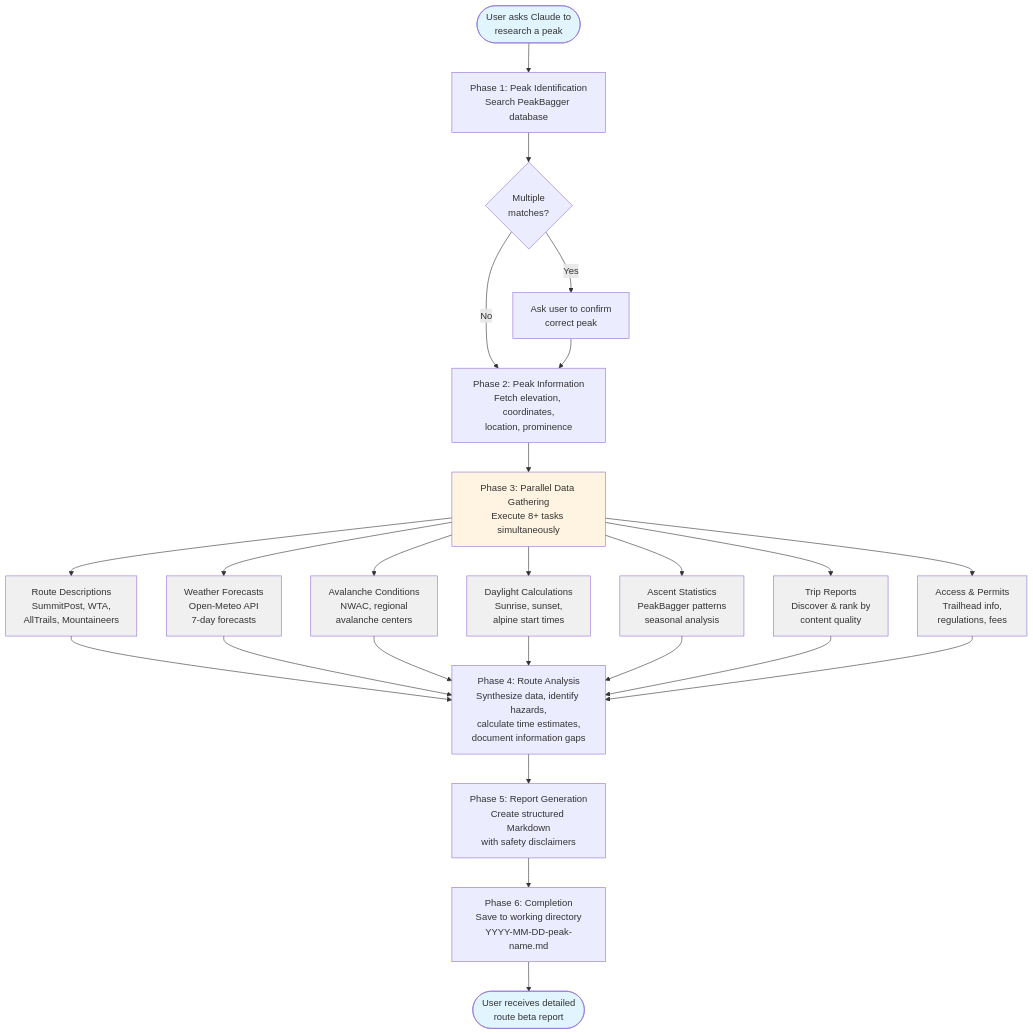
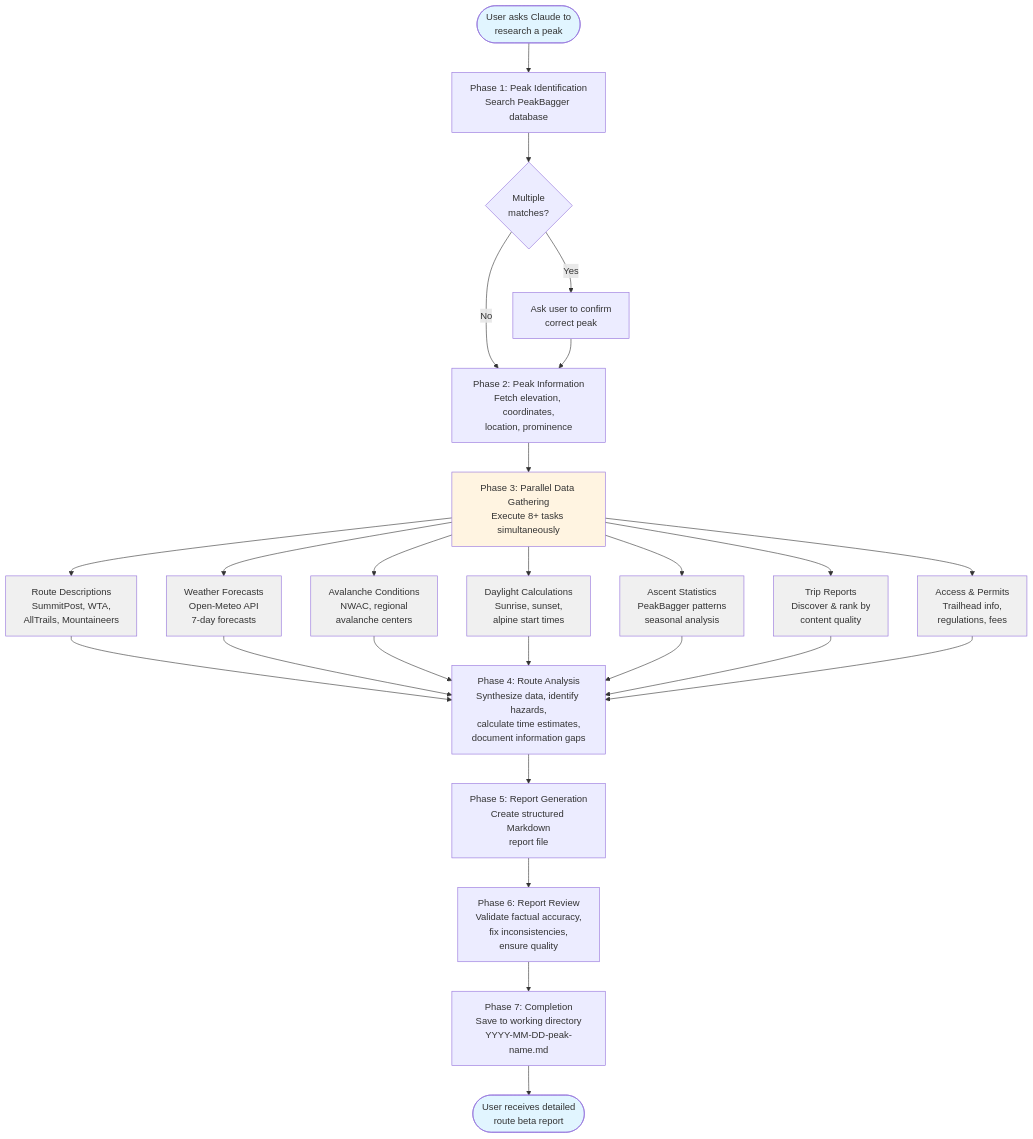
The diagram in README.md (dreamiurg/claude-mountaineering-skills), drawn with Mermaid before and after one commit. The commit also changed other lines of this file and 2 other files, not shown here.

First line of the commit message:
feat: add automated report review and validation (#23)

````diff
--- a/README.md
+++ b/README.md
@@ -75,45 +75,47 @@
 ```mermaid
 graph TB
     Start([User asks Claude to<br/>research a peak]) --> Search[Phase 1: Peak Identification<br/>Search PeakBagger database]
     Search --> Match{Multiple<br/>matches?}
     Match -->|Yes| Confirm[Ask user to confirm<br/>correct peak]
     Match -->|No| Info
     Confirm --> Info[Phase 2: Peak Information<br/>Fetch elevation, coordinates,<br/>location, prominence]
 
     Info --> Parallel[Phase 3: Parallel Data Gathering<br/>Execute 8+ tasks simultaneously]
 
     Parallel --> Routes[Route Descriptions<br/>SummitPost, WTA,<br/>AllTrails, Mountaineers]
     Parallel --> Weather[Weather Forecasts<br/>Open-Meteo API<br/>7-day forecasts]
     Parallel --> Avy[Avalanche Conditions<br/>NWAC, regional<br/>avalanche centers]
     Parallel --> Day[Daylight Calculations<br/>Sunrise, sunset,<br/>alpine start times]
     Parallel --> Stats[Ascent Statistics<br/>PeakBagger patterns<br/>seasonal analysis]
     Parallel --> Reports[Trip Reports<br/>Discover & rank by<br/>content quality]
     Parallel --> Access[Access & Permits<br/>Trailhead info,<br/>regulations, fees]
 
     Routes --> Analyze
     Weather --> Analyze
     Avy --> Analyze
     Day --> Analyze
     Stats --> Analyze
     Reports --> Analyze
     Access --> Analyze
 
     Analyze[Phase 4: Route Analysis<br/>Synthesize data, identify hazards,<br/>calculate time estimates,<br/>document information gaps]
 
-    Analyze --> Generate[Phase 5: Report Generation<br/>Create structured Markdown<br/>with safety disclaimers]
+    Analyze --> Generate[Phase 5: Report Generation<br/>Create structured Markdown<br/>report file]
 
-    Generate --> Save[Phase 6: Completion<br/>Save to working directory<br/>YYYY-MM-DD-peak-name.md]
+    Generate --> Review[Phase 6: Report Review<br/>Validate factual accuracy,<br/>fix inconsistencies,<br/>ensure quality]
+
+    Review --> Save[Phase 7: Completion<br/>Save to working directory<br/>YYYY-MM-DD-peak-name.md]
 
     Save --> End([User receives detailed<br/>route beta report])
 
     style Start fill:#e1f5ff
     style End fill:#e1f5ff
     style Parallel fill:#fff4e1
     style Routes fill:#f0f0f0
     style Weather fill:#f0f0f0
     style Avy fill:#f0f0f0
     style Day fill:#f0f0f0
     style Stats fill:#f0f0f0
     style Reports fill:#f0f0f0
     style Access fill:#f0f0f0
 ```
````
